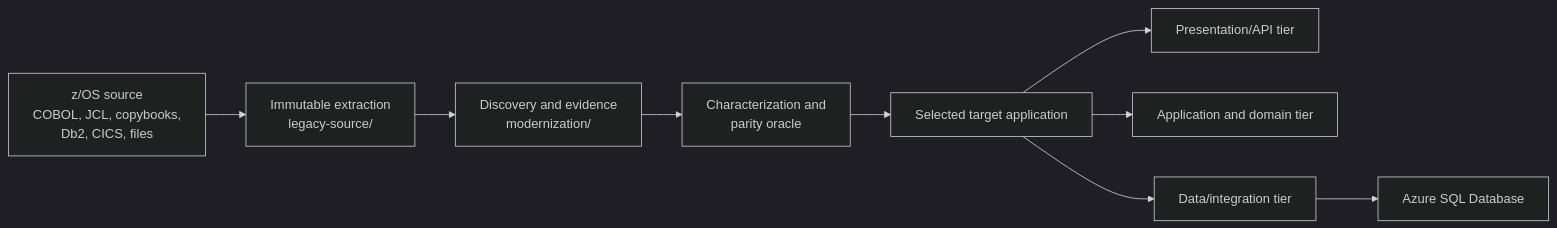
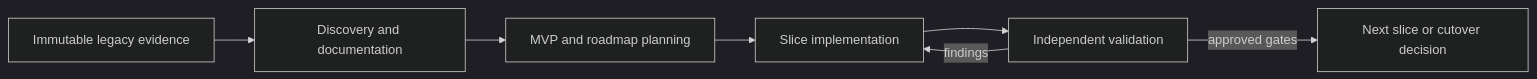
Before and after one commit to vinodramasubbu/mainframe_to_react_springboot_sql: the diagram in README.md, drawn with Mermaid (dark theme). The commit also changed other lines of this file and 154 other files, not shown here.

````diff
--- a/README.md
+++ b/README.md
@@ -17,11 +11,9 @@
 ```mermaid
 flowchart LR
-    MF["z/OS source<br/>COBOL, JCL, copybooks,<br/>Db2, CICS, files"] --> EXT["Immutable extraction<br/>legacy-source/"]
-    EXT --> DISC["Discovery and evidence<br/>modernization/"]
-    DISC --> ORACLE["Characterization and<br/>parity oracle"]
-    ORACLE --> APP["Selected target application"]
-    APP --> API["Presentation/API tier"]
-    APP --> BUS["Application and domain tier"]
-    APP --> DATA["Data/integration tier"]
-    DATA --> SQL["Azure SQL Database"]
+    L["Immutable legacy evidence"] --> D["Discovery and documentation"]
+    D --> P["MVP and roadmap planning"]
+    P --> I["Slice implementation"]
+    I --> V["Independent validation"]
+    V -->|findings| I
+    V -->|approved gates| N["Next slice or cutover decision"]
 ```
````
